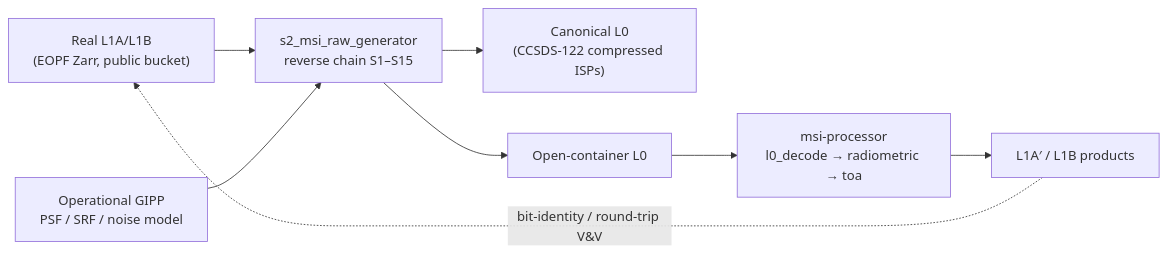
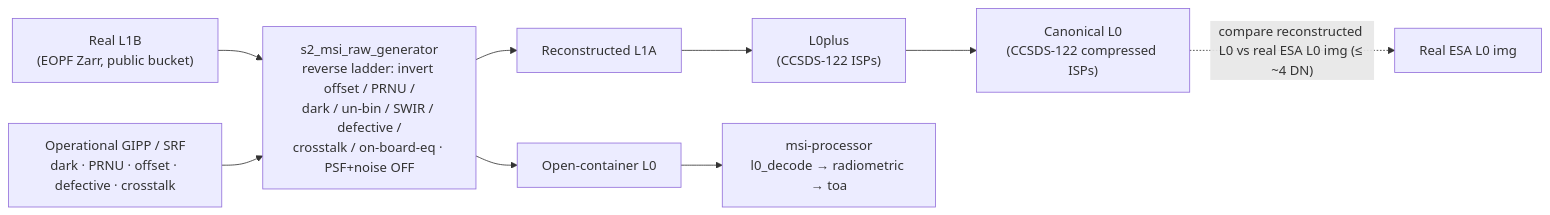
One commit to AstroCan17/s2-msi-raw-generator changed the diagram in docs/sss.md. Above: the diagram before and after it, drawn with Mermaid. The commit also changed other lines of this file and 40 other files, not shown here.

````diff
--- a/docs/sss.md
+++ b/docs/sss.md
@@ -53,10 +60,11 @@
 ```mermaid
 flowchart LR
-  L1A["Real L1A/L1B<br/>(EOPF Zarr, public bucket)"] --> GEN["s2_msi_raw_generator<br/>reverse chain S1–S15"]
-  GIPP["Operational GIPP<br/>PSF / SRF / noise model"] --> GEN
-  GEN --> L0C["Canonical L0<br/>(CCSDS-122 compressed ISPs)"]
+  L1B0["Real L1B<br/>(EOPF Zarr, public bucket)"] --> GEN["s2_msi_raw_generator<br/>reverse ladder: invert offset / PRNU /<br/>dark / un-bin / SWIR / defective /<br/>crosstalk / on-board-eq · PSF+noise OFF"]
+  GIPP["Operational GIPP / SRF<br/>dark · PRNU · offset · defective · crosstalk"] --> GEN
+  GEN --> L1Ar["Reconstructed L1A"]
+  L1Ar --> L0P["L0plus<br/>(CCSDS-122 ISPs)"]
+  L0P --> L0C["Canonical L0<br/>(CCSDS-122 compressed ISPs)"]
   GEN --> L0O["Open-container L0"]
   L0O --> PROC["msi-processor<br/>l0_decode → radiometric → toa"]
-  PROC --> L1B["L1A′ / L1B products"]
-  L1B -. "bit-identity / round-trip V&V" .-> L1A
+  L0C -. "compare reconstructed L0 vs real ESA L0 img (≤ ~4 DN)" .-> ESA["Real ESA L0 img"]
 ```
````
